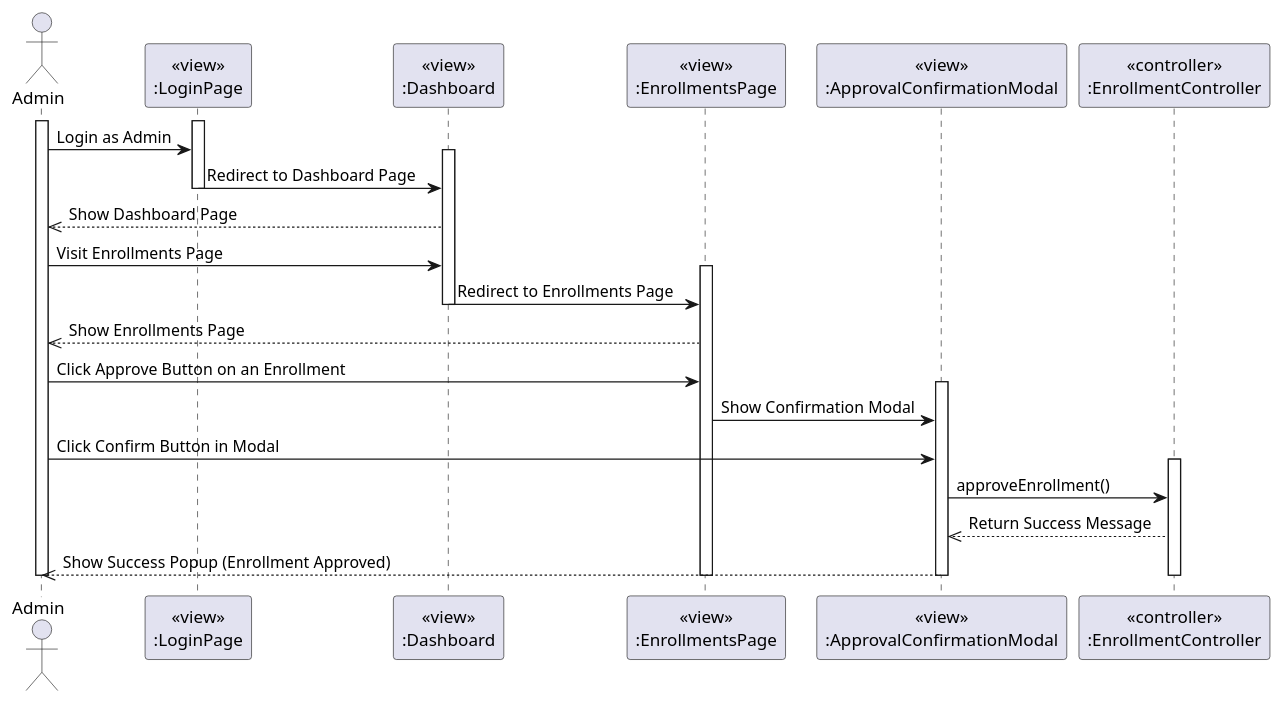
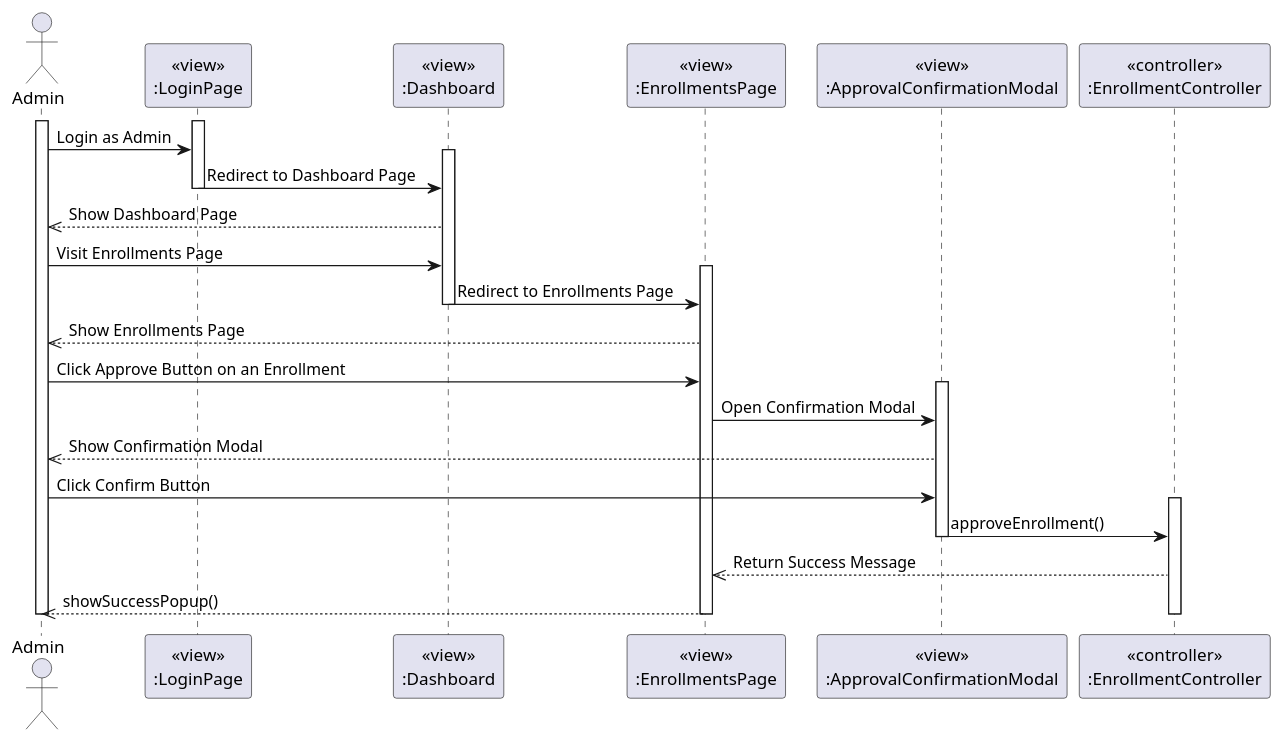
Before and after one commit to felixpherry/Lecturna-UML: the diagram in 016. Approve Enrollment/Sequence Diagram.puml, drawn with PlantUML. The commit also changed 82 other files, not shown here.

Commit message:
Fix: Sequence Diagrams

```diff
--- a/016. Approve Enrollment/Sequence Diagram.puml
+++ b/016. Approve Enrollment/Sequence Diagram.puml
@@ -1,60 +1,61 @@
 @startuml Approve Enrollment
 actor Admin
 participant LoginPageView [
   <<view>>
   :LoginPage
 ]
 
 participant DashboardView [
   <<view>>
   :Dashboard
 ]
 
 participant EnrollmentsView [
   <<view>>
   :EnrollmentsPage
 ]
 
 participant ApprovalConfirmationModalView [
   <<view>>
   :ApprovalConfirmationModal
 ]
 
 participant EnrollmentController [
   <<controller>>
   :EnrollmentController
 ]
 
 activate Admin
 activate LoginPageView
 Admin -> LoginPageView: Login as Admin
 activate DashboardView
 LoginPageView -> DashboardView: Redirect to Dashboard Page
 deactivate LoginPageView
 
 DashboardView -->> Admin: Show Dashboard Page
 
 Admin -> DashboardView: Visit Enrollments Page
 activate EnrollmentsView
 DashboardView -> EnrollmentsView: Redirect to Enrollments Page
 deactivate DashboardView
 
 EnrollmentsView -->> Admin: Show Enrollments Page
 
 Admin -> EnrollmentsView: Click Approve Button on an Enrollment
 
 activate ApprovalConfirmationModalView
-EnrollmentsView -> ApprovalConfirmationModalView: Show Confirmation Modal
+EnrollmentsView -> ApprovalConfirmationModalView: Open Confirmation Modal
+ApprovalConfirmationModalView -->> Admin: Show Confirmation Modal
 
-Admin -> ApprovalConfirmationModalView: Click Confirm Button in Modal
+Admin -> ApprovalConfirmationModalView: Click Confirm Button
 
 activate EnrollmentController
 ApprovalConfirmationModalView -> EnrollmentController: approveEnrollment()
-EnrollmentController -->> ApprovalConfirmationModalView: Return Success Message
-ApprovalConfirmationModalView -->> Admin: Show Success Popup (Enrollment Approved)
+deactivate ApprovalConfirmationModalView
+EnrollmentController -->> EnrollmentsView: Return Success Message
+EnrollmentsView -->> Admin: showSuccessPopup()
 deactivate EnrollmentController
 
 deactivate Admin
 deactivate EnrollmentsView
-deactivate ApprovalConfirmationModalView
 @enduml
```
